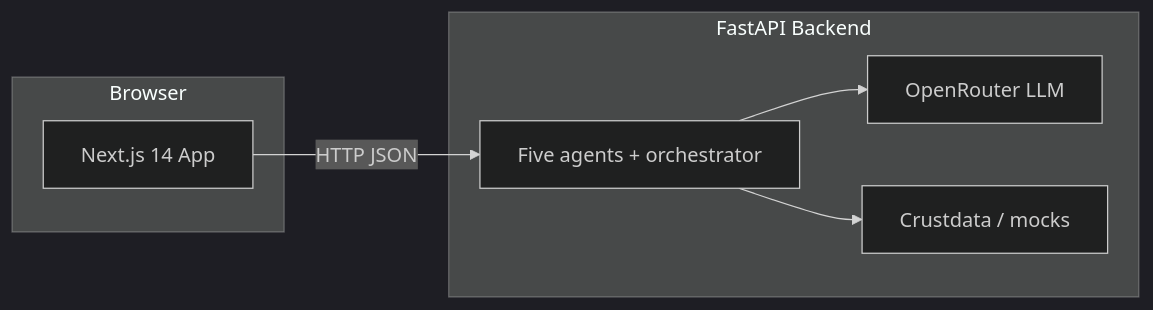
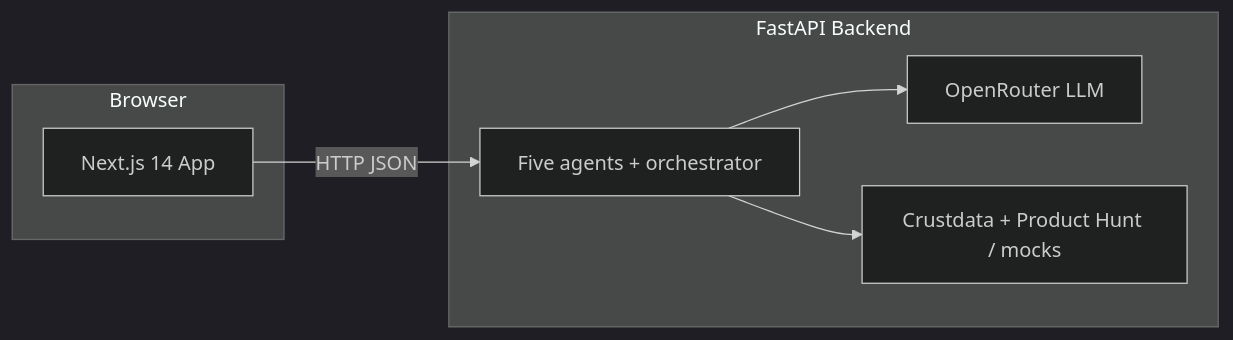
One commit to danish-safdariyan/vc-analyst changed the diagram in README.md. Above: the diagram before and after it, drawn with Mermaid (dark theme). The commit also changed other lines of this file and 2 other files, not shown here.

````diff
--- a/README.md
+++ b/README.md
@@ -25,14 +25,14 @@
 ```mermaid
 flowchart LR
   subgraph client [Browser]
     UI[Next.js 14 App]
   end
   subgraph api [FastAPI Backend]
     OR[OpenRouter LLM]
-    CD[Crustdata / mocks]
+    CD[Crustdata + Product Hunt / mocks]
     AG[Five agents + orchestrator]
   end
   UI -->|HTTP JSON| AG
   AG --> OR
   AG --> CD
 ```
````
